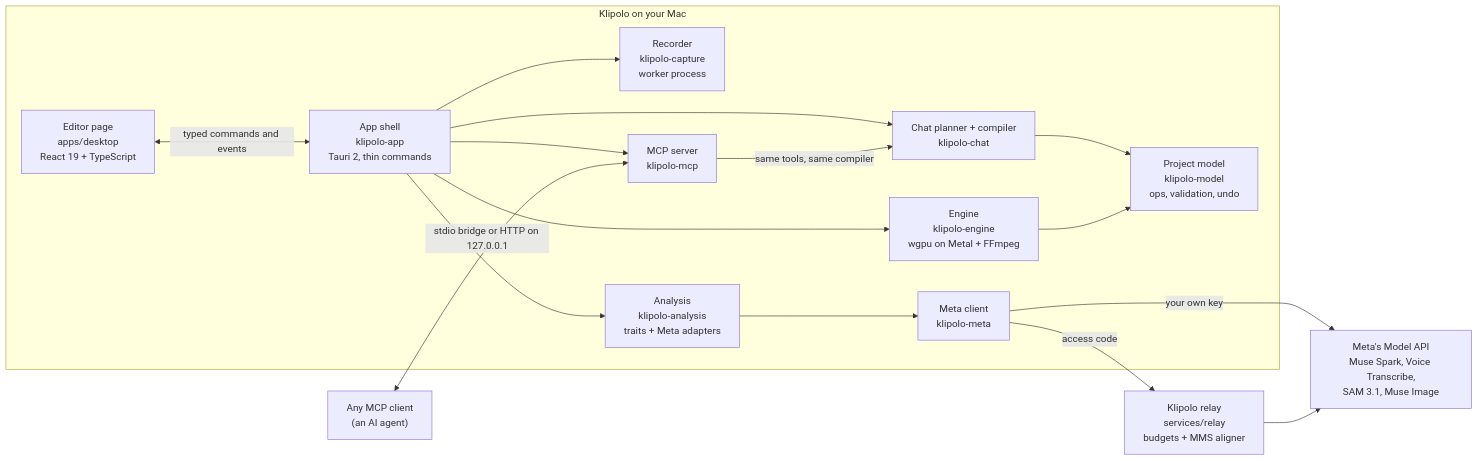
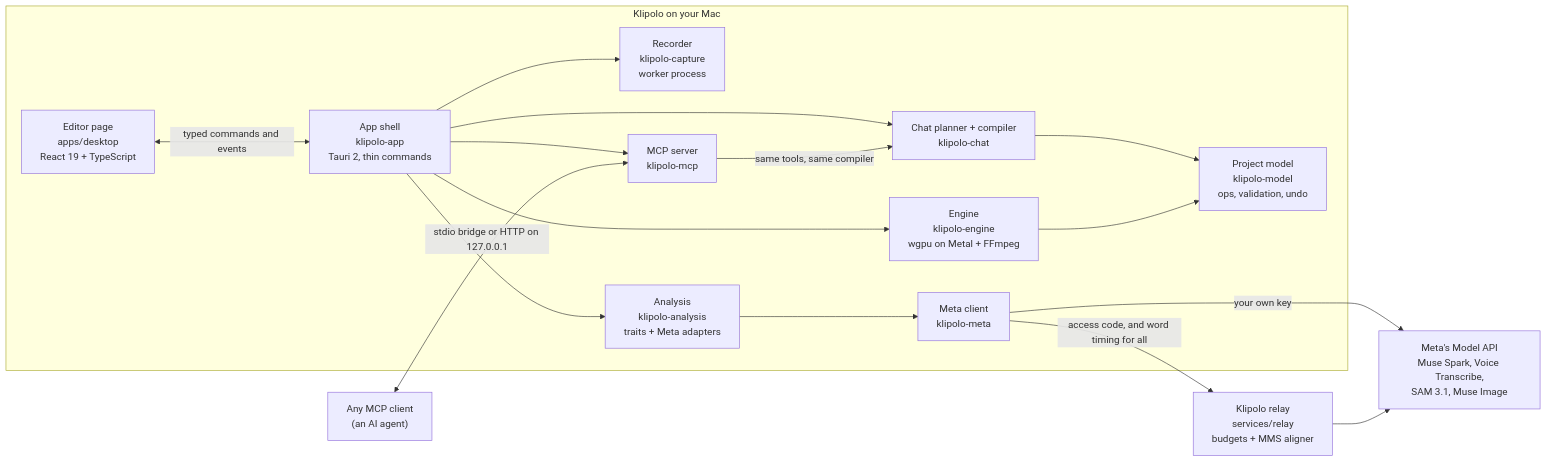
One commit to inventionsbyhamid/klipolo changed the second of 2 diagrams in README.md. Above: the diagram before and after it, drawn with Mermaid. The commit also changed other lines of this file, not shown here.

Commit message:
docs: say word timing runs on the relay with either credential

````diff
--- a/README.md
+++ b/README.md
@@ -197,32 +198,32 @@
 ```mermaid
 flowchart LR
     subgraph mac["Klipolo on your Mac"]
         page["Editor page<br/>apps/desktop<br/>React 19 + TypeScript"]
         shell["App shell<br/>klipolo-app<br/>Tauri 2, thin commands"]
         chat["Chat planner + compiler<br/>klipolo-chat"]
         model["Project model<br/>klipolo-model<br/>ops, validation, undo"]
         engine["Engine<br/>klipolo-engine<br/>wgpu on Metal + FFmpeg"]
         rec["Recorder<br/>klipolo-capture<br/>worker process"]
         analysis["Analysis<br/>klipolo-analysis<br/>traits + Meta adapters"]
         metac["Meta client<br/>klipolo-meta"]
         mcp["MCP server<br/>klipolo-mcp"]
     end
     agent["Any MCP client<br/>(an AI agent)"]
     relay["Klipolo relay<br/>services/relay<br/>budgets + MMS aligner"]
     meta["Meta's Model API<br/>Muse Spark, Voice Transcribe,<br/>SAM 3.1, Muse Image"]
 
     page <-->|typed commands and events| shell
     shell --> chat
     shell --> engine
     shell --> rec
     shell --> analysis
     shell --> mcp
     chat --> model
     engine --> model
     mcp -->|same tools, same compiler| chat
     analysis --> metac
     metac -->|your own key| meta
-    metac -->|access code| relay
+    metac -->|access code, and word timing for all| relay
     relay --> meta
     agent <-->|stdio bridge or HTTP on 127.0.0.1| mcp
 ```
````
